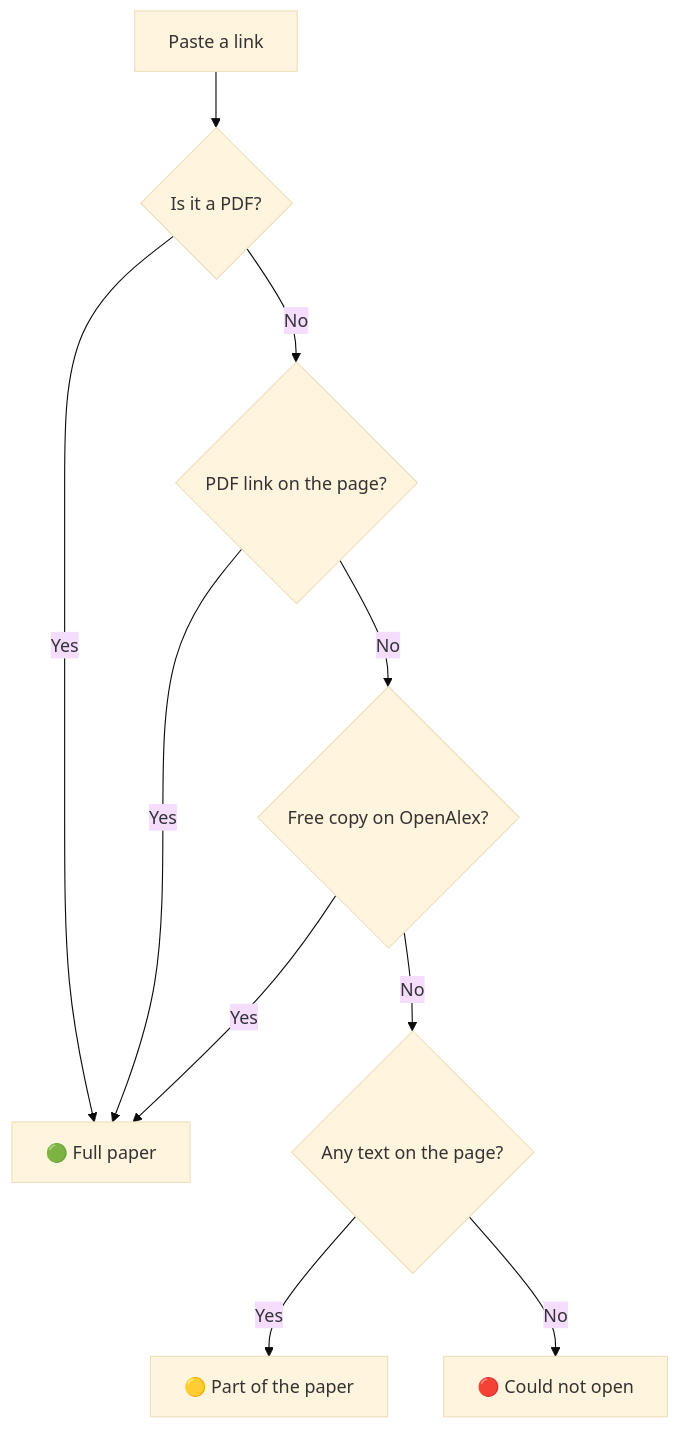
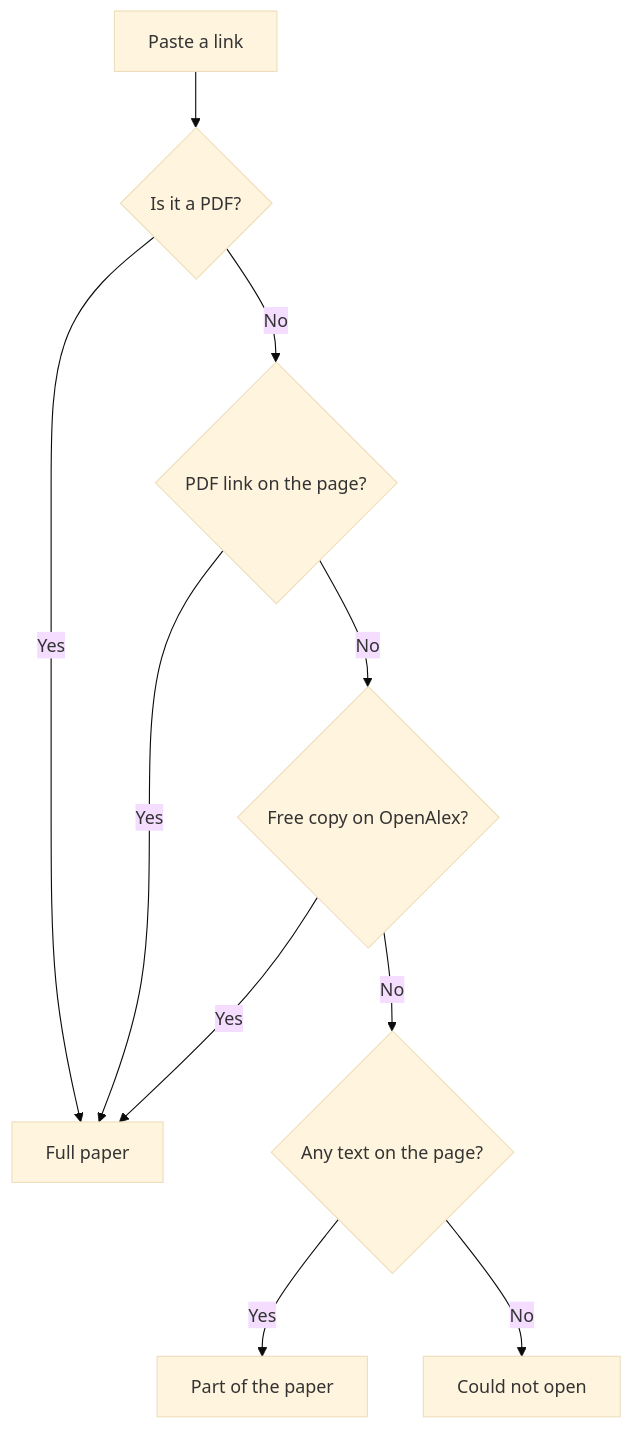
The diagram in README.md (hassaan2077/Paper-Explainer-Showcase), drawn with Mermaid (base theme) before and after one commit. The commit also changed other lines of this file, not shown here.

````diff
--- a/README.md
+++ b/README.md
@@ -23,12 +23,12 @@
 ```mermaid
 flowchart TD
     A[Paste a link] --> B{Is it a PDF?}
-    B -- Yes --> F[🟢 Full paper]
+    B -- Yes --> F[Full paper]
     B -- No --> C{PDF link on the page?}
     C -- Yes --> F
     C -- No --> D{Free copy on OpenAlex?}
     D -- Yes --> F
     D -- No --> E{Any text on the page?}
-    E -- Yes --> P[🟡 Part of the paper]
-    E -- No --> X[🔴 Could not open]
+    E -- Yes --> P[Part of the paper]
+    E -- No --> X[Could not open]
 ```
````
